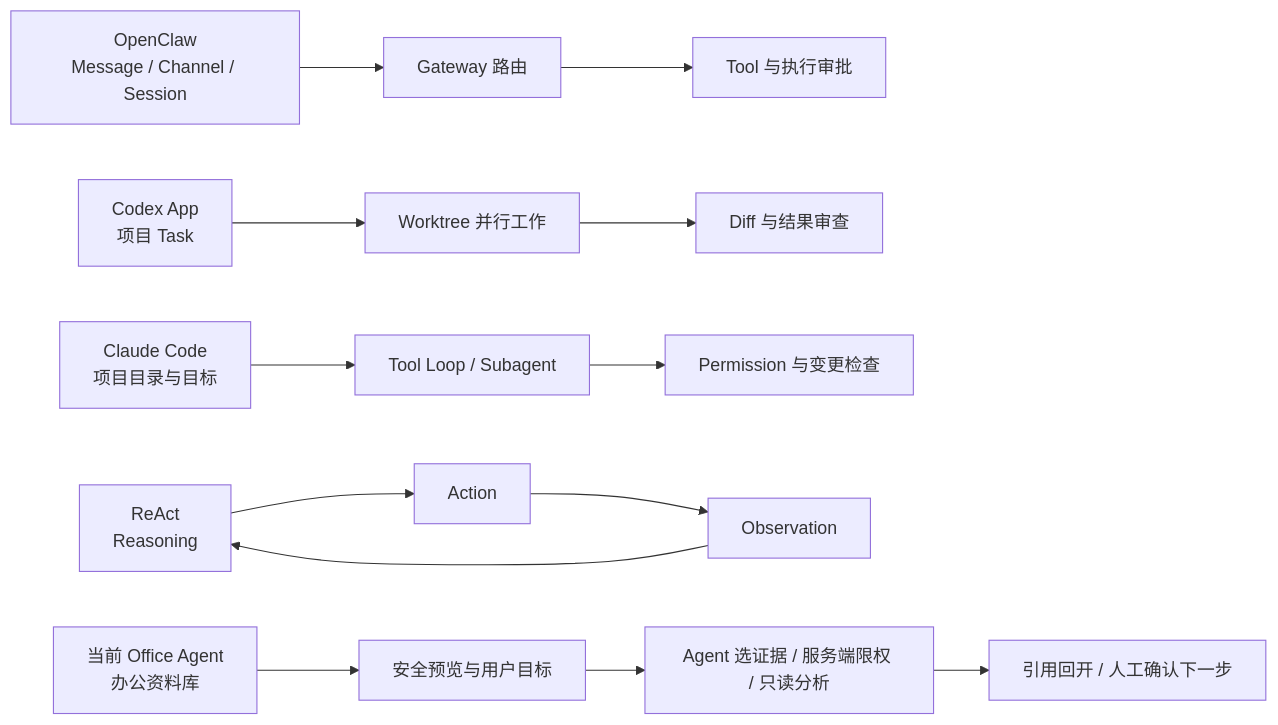
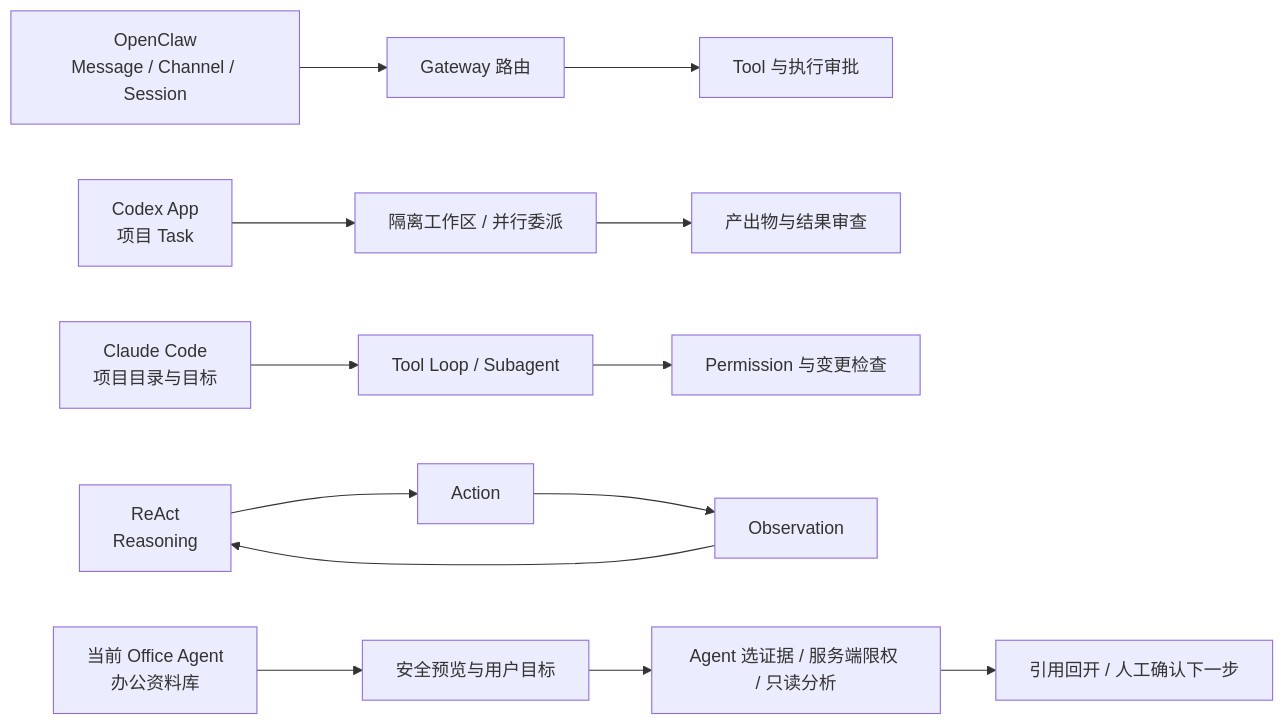
Before and after one commit to Dickey007s/lenovo_agent: the second of 5 diagrams in docs/reports/OFFICE-AGENT-DETAILED-CHINESE-REPORT-20260825.md, drawn with Mermaid. The commit also changed other lines of this file and 6 other files, not shown here.

````diff
--- a/docs/reports/OFFICE-AGENT-DETAILED-CHINESE-REPORT-20260825.md
+++ b/docs/reports/OFFICE-AGENT-DETAILED-CHINESE-REPORT-20260825.md
@@ -339,8 +419,8 @@
 ```mermaid
 flowchart LR
     A[OpenClaw<br/>Message / Channel / Session] --> A1[Gateway 路由] --> A2[Tool 与执行审批]
-    B[Codex App<br/>项目 Task] --> B1[Worktree 并行工作] --> B2[Diff 与结果审查]
+    B[Codex App<br/>项目 Task] --> B1[隔离工作区 / 并行委派] --> B2[产出物与结果审查]
     C[Claude Code<br/>项目目录与目标] --> C1[Tool Loop / Subagent] --> C2[Permission 与变更检查]
     D[ReAct<br/>Reasoning] --> D1[Action] --> D2[Observation] --> D
     E[当前 Office Agent<br/>办公资料库] --> E1[安全预览与用户目标] --> E2[Agent 选证据 / 服务端限权 / 只读分析] --> E3[引用回开 / 人工确认下一步]
 ```
````
